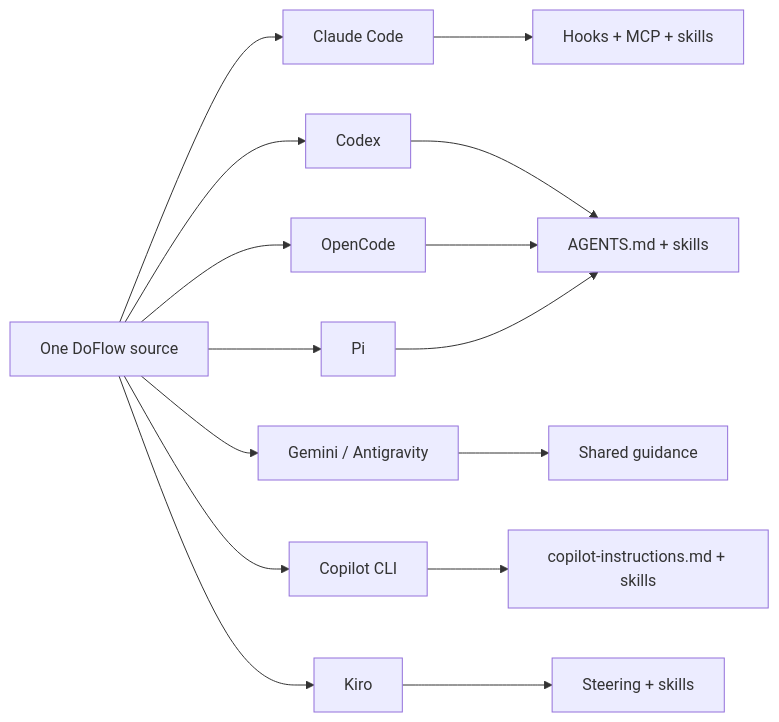
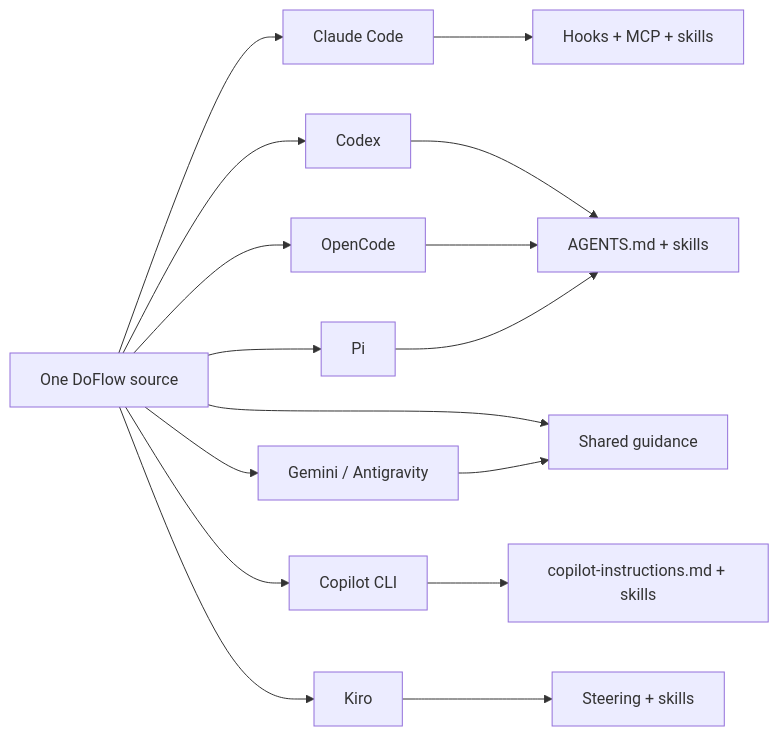
One commit to khoavu882/do-flow changed the first of 2 diagrams in README.md. Above: the diagram before and after it, drawn with Mermaid. The commit also changed other lines of this file and 46 other files, not shown here.

````diff
--- a/README.md
+++ b/README.md
@@ -7,17 +7,18 @@
 ```mermaid
 flowchart LR
     R[One DoFlow source] --> C[Claude Code]
     R --> X[Codex]
     R --> G[Gemini / Antigravity]
     R --> O[OpenCode]
     R --> P[Pi]
     R --> CP[Copilot CLI]
     R --> K[Kiro]
+    R --> A[Antigravity CLI]
     C --> H[Hooks + MCP + skills]
     X --> S[AGENTS.md + skills]
     G --> A[Shared guidance]
     O --> S
     P --> S
     CP --> CI[copilot-instructions.md + skills]
     K --> ST[Steering + skills]
 ```
````
